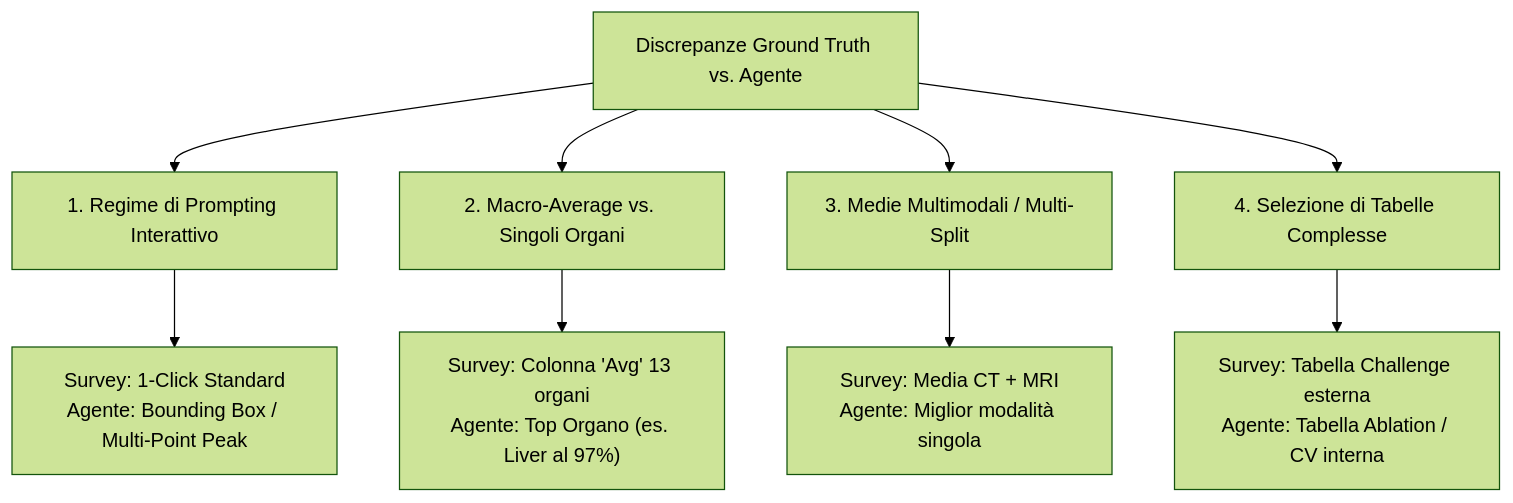
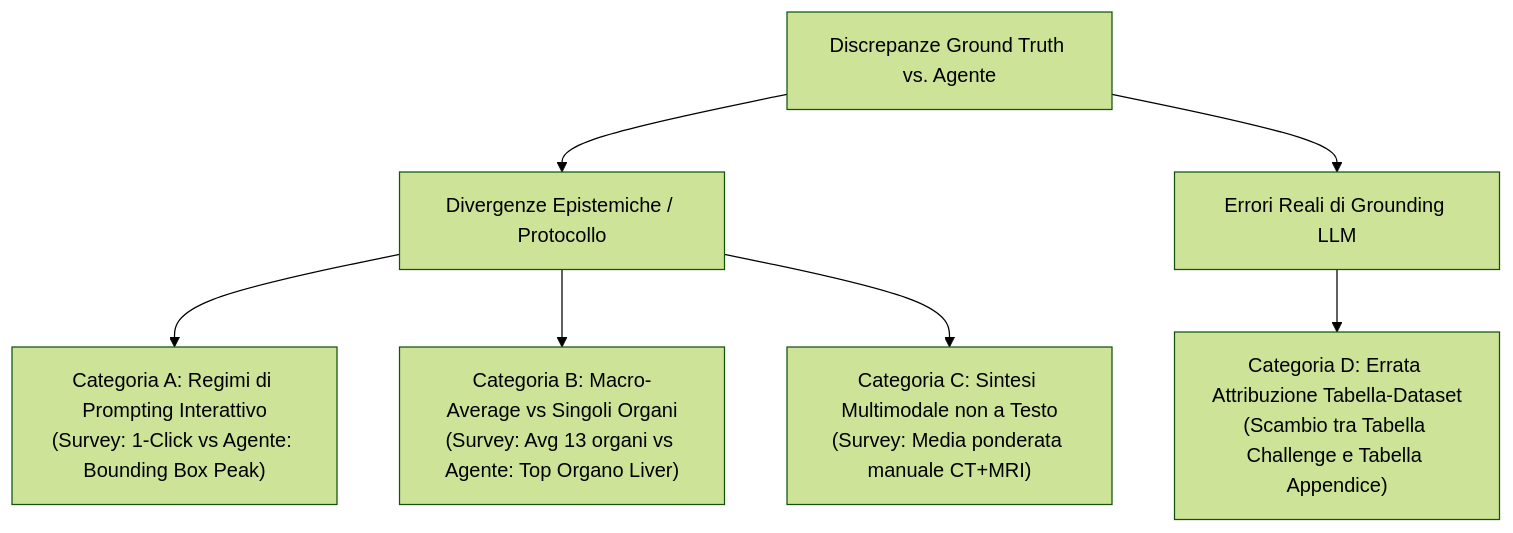
One commit to PezzoliLuca/AgentForGMMIS changed the diagram in docs/SURVEY_VS_PEAK_ANALYSIS.md. Above: the diagram before and after it, drawn with Mermaid (forest theme). The commit also changed other lines of this file and 2 other files, not shown here.

Commit message:
docs: formalize epistemic divergence vs grounding error and add table caption check

````diff
--- a/docs/SURVEY_VS_PEAK_ANALYSIS.md
+++ b/docs/SURVEY_VS_PEAK_ANALYSIS.md
@@ -25,12 +28,11 @@
 ```mermaid
 graph TD
-    A[Discrepanze Ground Truth vs. Agente] --> B[1. Regime di Prompting Interattivo]
-    A --> C[2. Macro-Average vs. Singoli Organi]
-    A --> D[3. Medie Multimodali / Multi-Split]
-    A --> E[4. Selezione di Tabelle Complesse]
+    A[Discrepanze Ground Truth vs. Agente] --> B[Divergenze Epistemiche / Protocollo]
+    A --> C[Errori Reali di Grounding LLM]
     
-    B --> B1["Survey: 1-Click Standard<br/>Agente: Bounding Box / Multi-Point Peak"]
-    C --> C1["Survey: Colonna 'Avg' 13 organi<br/>Agente: Top Organo (es. Liver al 97%)"]
-    D --> D1["Survey: Media CT + MRI<br/>Agente: Miglior modalità singola"]
-    E --> E1["Survey: Tabella Challenge esterna<br/>Agente: Tabella Ablation / CV interna"]
+    B --> B1["Categoria A: Regimi di Prompting Interattivo<br/>(Survey: 1-Click vs Agente: Bounding Box Peak)"]
+    B --> B2["Categoria B: Macro-Average vs Singoli Organi<br/>(Survey: Avg 13 organi vs Agente: Top Organo Liver)"]
+    B --> B3["Categoria C: Sintesi Multimodale non a Testo<br/>(Survey: Media ponderata manuale CT+MRI)"]
+    
+    C --> C1["Categoria D: Errata Attribuzione Tabella-Dataset<br/>(Scambio tra Tabella Challenge e Tabella Appendice)"]
 ```
````
